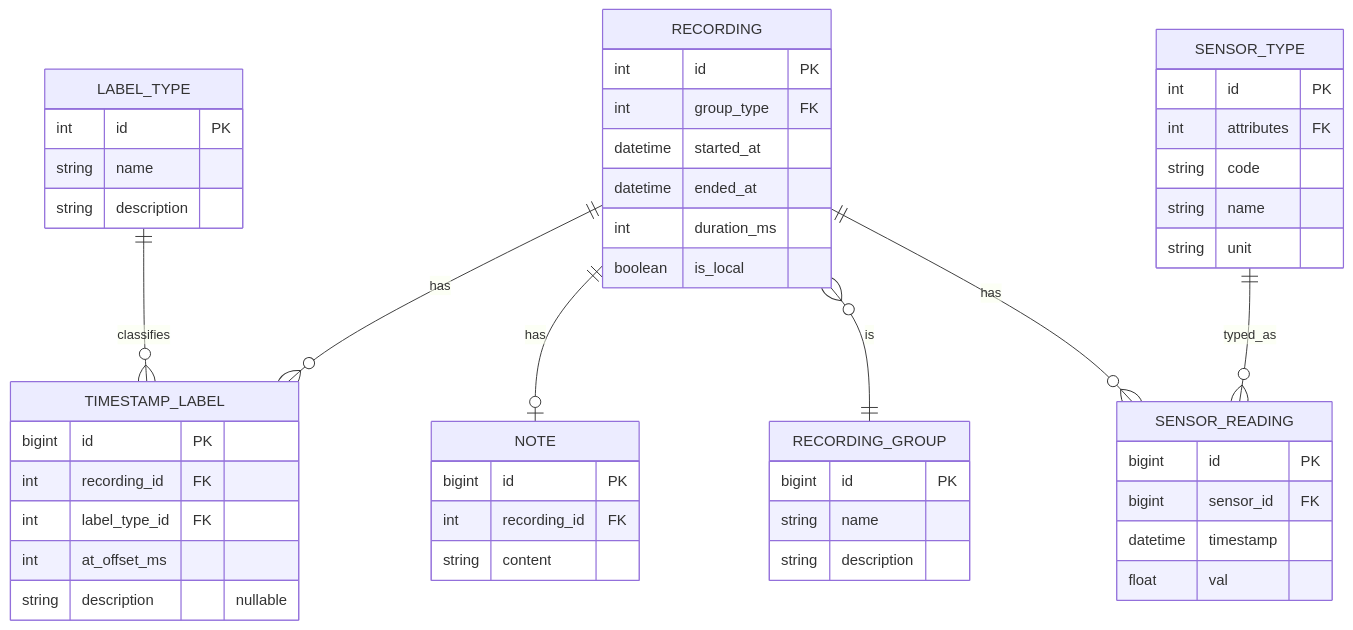
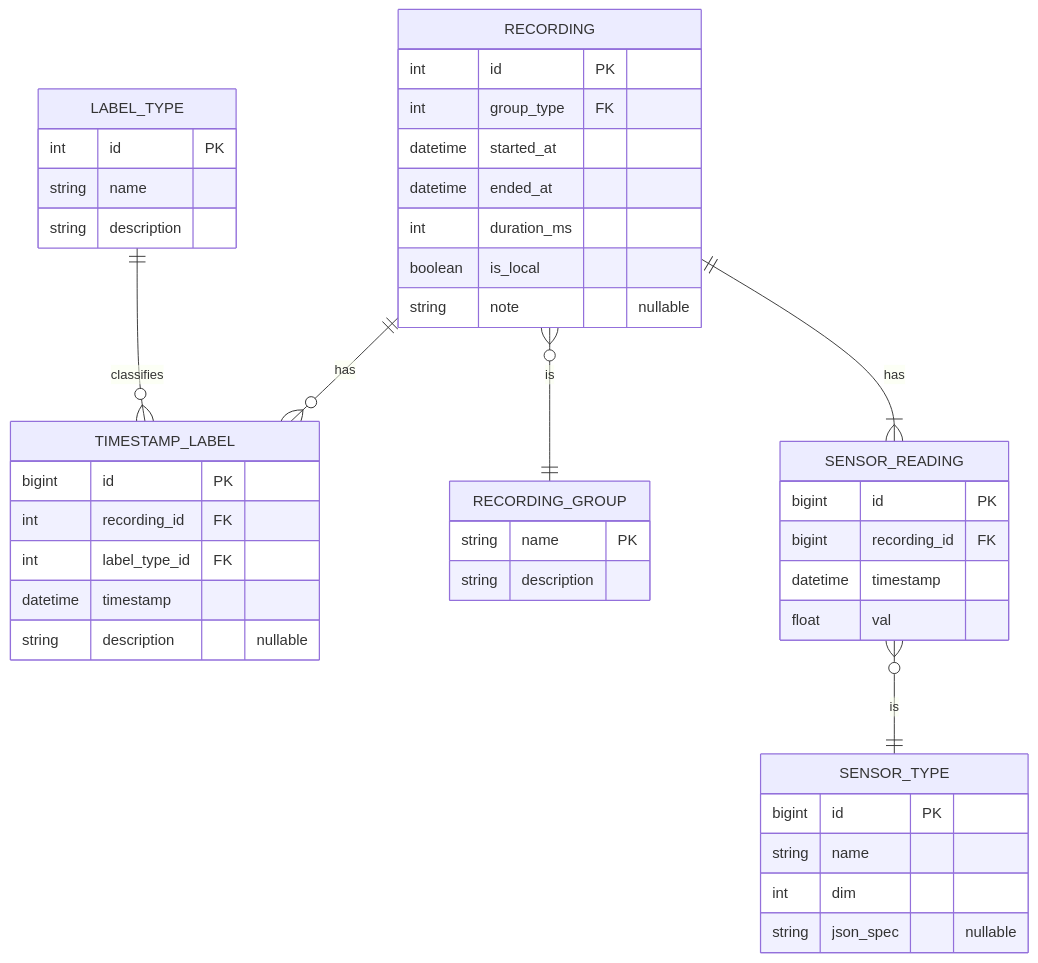
The diagram in labs/TupTrack/docs/db-schema.md (PrzemyslawBorczak1/TupTup), drawn with Mermaid before and after one commit. The commit also changed other lines of this file, not shown here.

Commit message:
Changed db schema

````diff
--- a/labs/TupTrack/docs/db-schema.md
+++ b/labs/TupTrack/docs/db-schema.md
@@ -4,60 +4,50 @@
 ```mermaid
 erDiagram
     RECORDING ||--o{ TIMESTAMP_LABEL : has
-    RECORDING ||--o| NOTE : has
     RECORDING }o--|| RECORDING_GROUP : is
     LABEL_TYPE ||--o{ TIMESTAMP_LABEL : classifies
-    RECORDING ||--o{ SENSOR_READING : has
-    SENSOR_TYPE ||--o{ SENSOR_READING : typed_as
+    RECORDING ||--|{ SENSOR_READING : has
+    SENSOR_READING }o--|| SENSOR_TYPE : is
 
     RECORDING {
         int id PK
         int group_type FK
         datetime started_at
         datetime ended_at
         int duration_ms
         boolean is_local
-    }
-
-
-    SENSOR_TYPE {
-        int id PK
-        int attributes FK
-        string code
-        string name
-        string unit
+        string note "nullable"
     }
 
     SENSOR_READING {
         bigint id PK
-        bigint sensor_id FK
+        bigint recording_id FK
         datetime timestamp
         float val
+    }
+
+    SENSOR_TYPE {
+        bigint id PK
+        string name
+        int dim
+        string json_spec "nullable"
     }
 
     LABEL_TYPE {
         int id PK
         string name
-        string description
+        string description 
     }
-
     TIMESTAMP_LABEL {
         bigint id PK
         int recording_id FK
         int label_type_id FK
-        int at_offset_ms
+        datetime timestamp
         string description "nullable"
     }
 
-    NOTE {
-        bigint id PK
-        int recording_id FK
-        string content
-    }
-
     RECORDING_GROUP{
-        bigint id PK
-        string name
+        string name PK
         string description
     }
 ```
````
